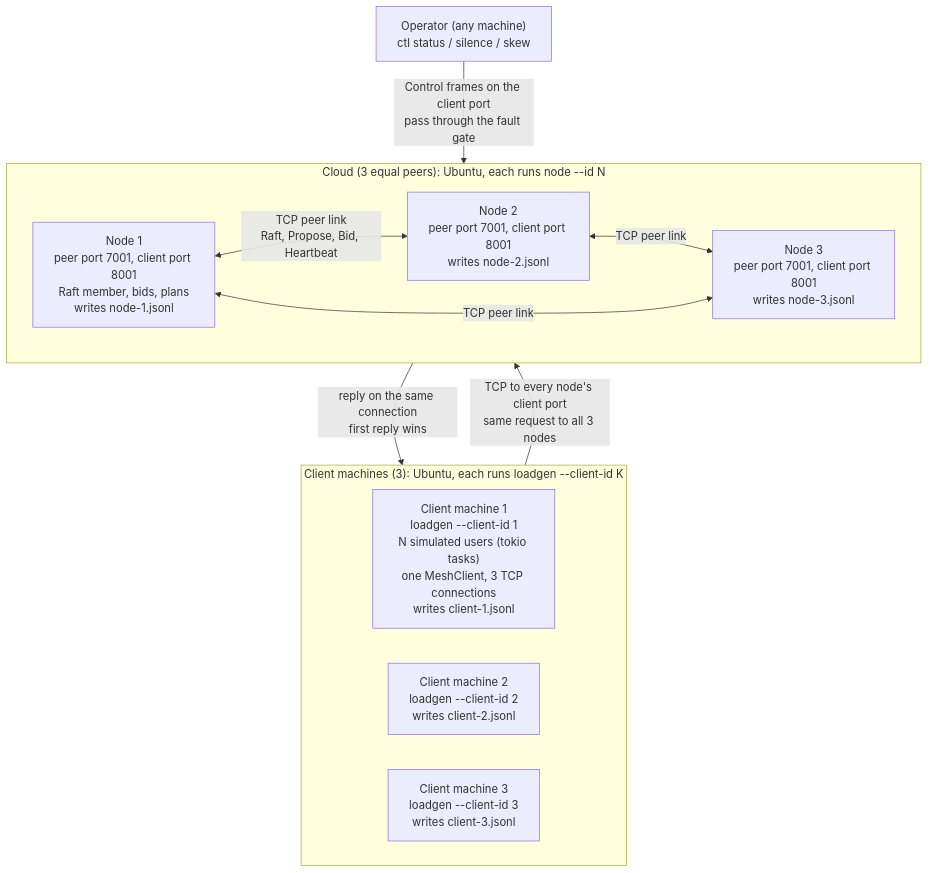
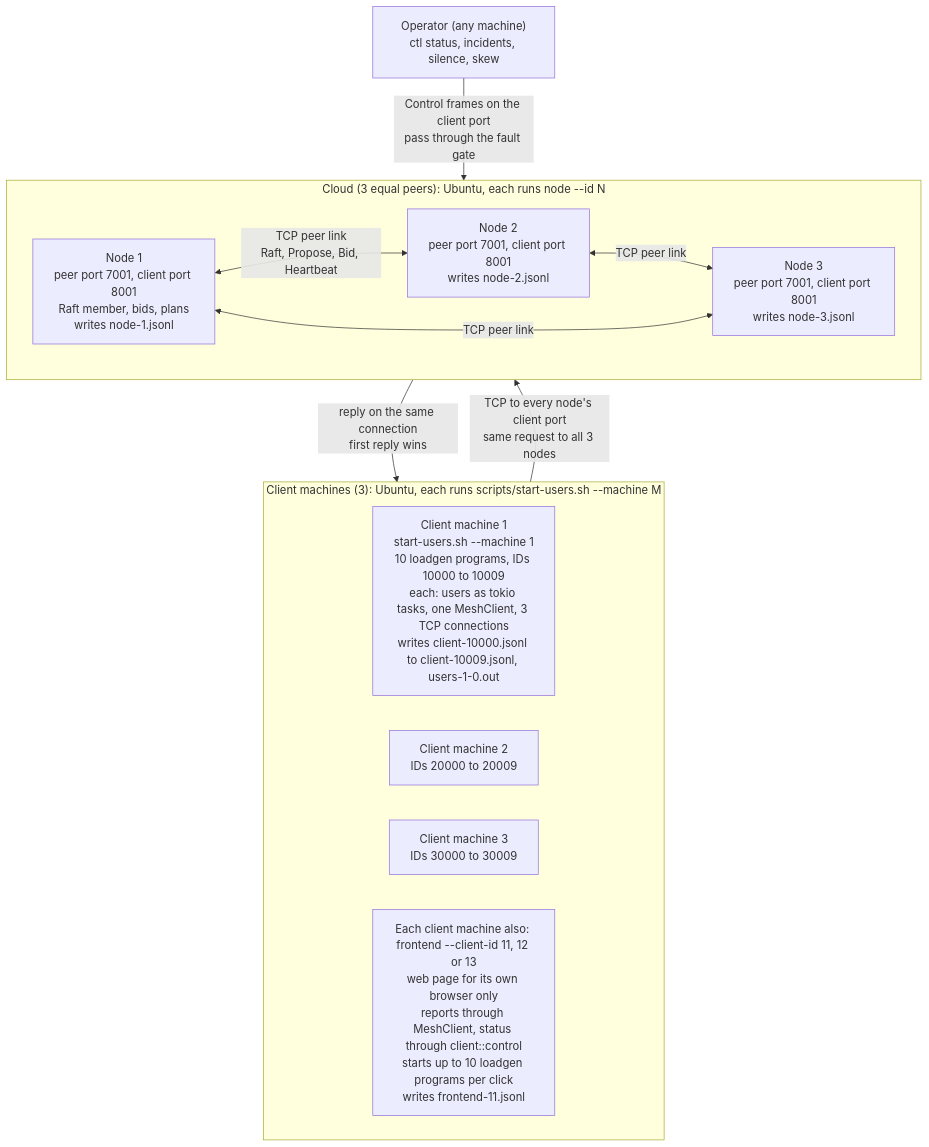
One commit to noortaytoy1/DistributedSystems changed the first of 43 diagrams in docs/architecture.md. Above: the diagram before and after it, drawn with Mermaid. The commit also changed other lines of this file and 7 other files, not shown here.

````diff
--- a/docs/architecture.md
+++ b/docs/architecture.md
@@ -88,22 +112,23 @@
 ```mermaid
 flowchart TB
-    subgraph CM["Client machines (3): Ubuntu, each runs loadgen --client-id K"]
+    subgraph CM["Client machines (3): Ubuntu, each runs scripts/start-users.sh --machine M"]
         direction LR
-        K1["Client machine 1<br/>loadgen --client-id 1<br/>N simulated users (tokio tasks)<br/>one MeshClient, 3 TCP connections<br/>writes client-1.jsonl"]
-        K2["Client machine 2<br/>loadgen --client-id 2<br/>writes client-2.jsonl"]
-        K3["Client machine 3<br/>loadgen --client-id 3<br/>writes client-3.jsonl"]
+        K1["Client machine 1<br/>start-users.sh --machine 1<br/>10 loadgen programs, IDs 10000 to 10009<br/>each: users as tokio tasks, one MeshClient, 3 TCP connections<br/>writes client-10000.jsonl to client-10009.jsonl, users-1-0.out"]
+        K2["Client machine 2<br/>IDs 20000 to 20009"]
+        K3["Client machine 3<br/>IDs 30000 to 30009"]
+        FE["Each client machine also: frontend --client-id 11, 12 or 13<br/>web page for its own browser only<br/>reports through MeshClient, status through client::control<br/>starts up to 10 loadgen programs per click<br/>writes frontend-11.jsonl"]
     end
     subgraph CL["Cloud (3 equal peers): Ubuntu, each runs node --id N"]
         direction LR
         N1["Node 1<br/>peer port 7001, client port 8001<br/>Raft member, bids, plans<br/>writes node-1.jsonl"]
         N2["Node 2<br/>peer port 7001, client port 8001<br/>writes node-2.jsonl"]
         N3["Node 3<br/>peer port 7001, client port 8001<br/>writes node-3.jsonl"]
         N1 <-->|"TCP peer link<br/>Raft, Propose, Bid, Heartbeat"| N2
         N2 <-->|"TCP peer link"| N3
         N1 <-->|"TCP peer link"| N3
     end
-    OP["Operator (any machine)<br/>ctl status / silence / skew"]
+    OP["Operator (any machine)<br/>ctl status, incidents, silence, skew"]
     CM -->|"TCP to every node's client port<br/>same request to all 3 nodes"| CL
     CL -->|"reply on the same connection<br/>first reply wins"| CM
     OP -->|"Control frames on the client port<br/>pass through the fault gate"| CL
 ```
````
